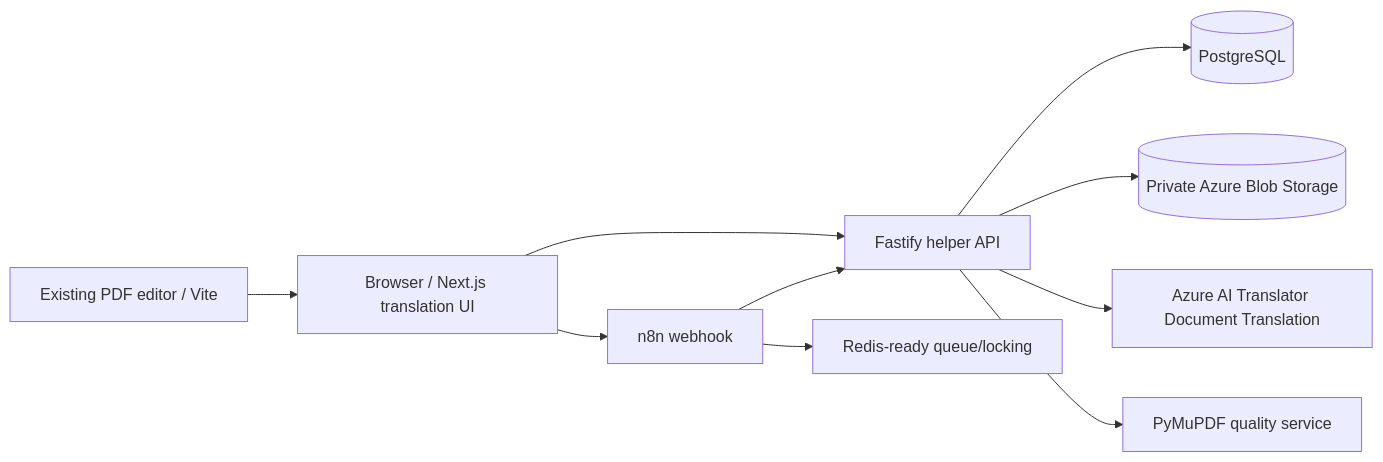
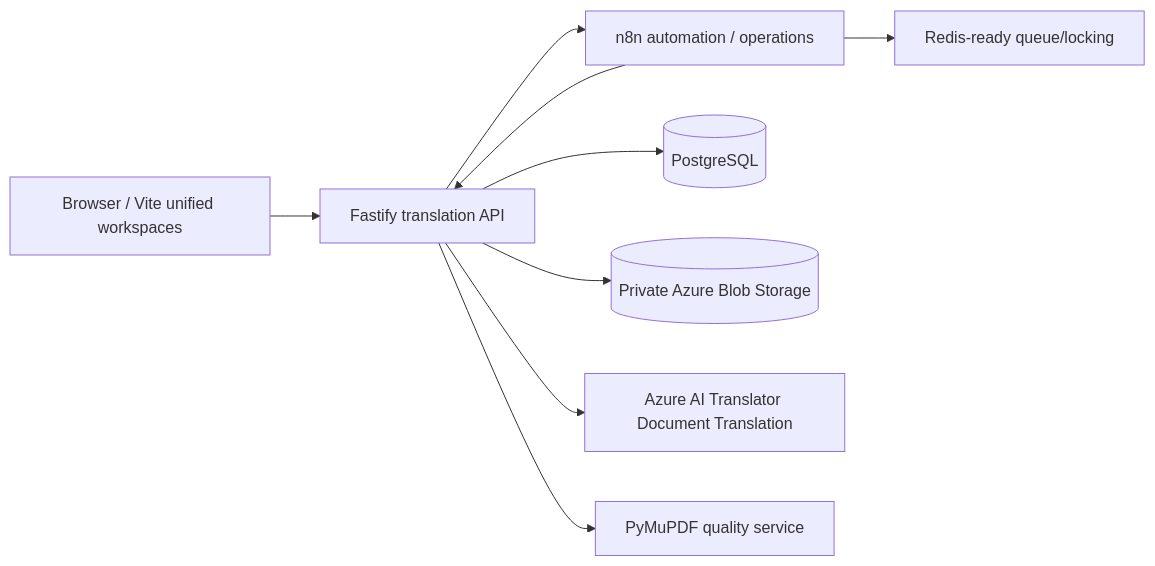
Before and after one commit to CNSVERYNS/updateMyPdf: the diagram in README.md, drawn with Mermaid. The commit also changed other lines of this file and 2 other files, not shown here.

Commit message:
docs: describe unified document workspaces

````diff
--- a/README.md
+++ b/README.md
@@ -7,12 +7,11 @@
 ```mermaid
 flowchart LR
-  U[Browser / Next.js translation UI] --> N[n8n webhook]
-  U --> A[Fastify helper API]
+  U[Browser / Vite unified workspaces] --> A[Fastify translation API]
+  A --> N[n8n automation / operations]
   N --> A
   A --> DB[(PostgreSQL)]
   A --> B[(Private Azure Blob Storage)]
   A --> T[Azure AI Translator Document Translation]
   A --> Q[PyMuPDF quality service]
   N --> R[Redis-ready queue/locking]
-  E[Existing PDF editor / Vite] --> U
 ```
````
